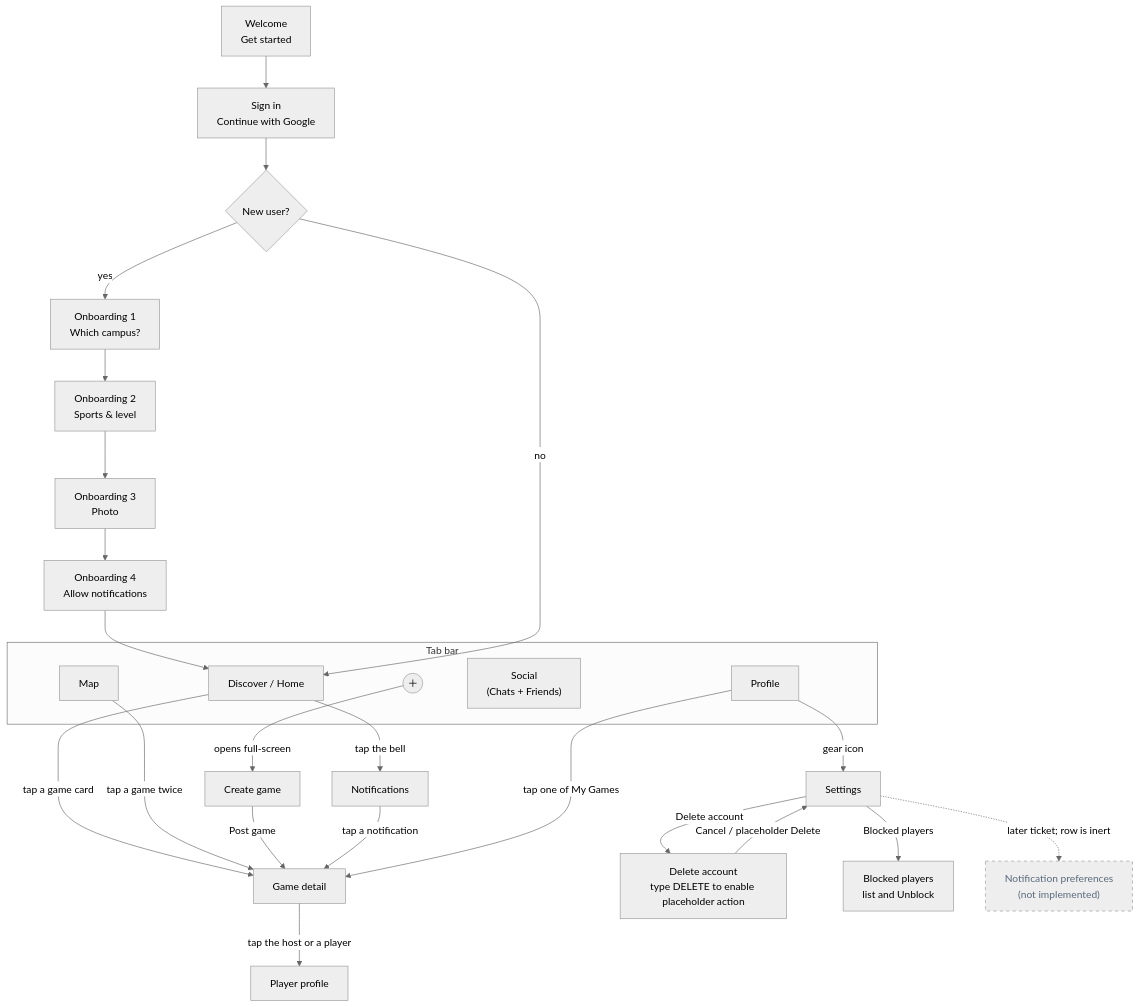
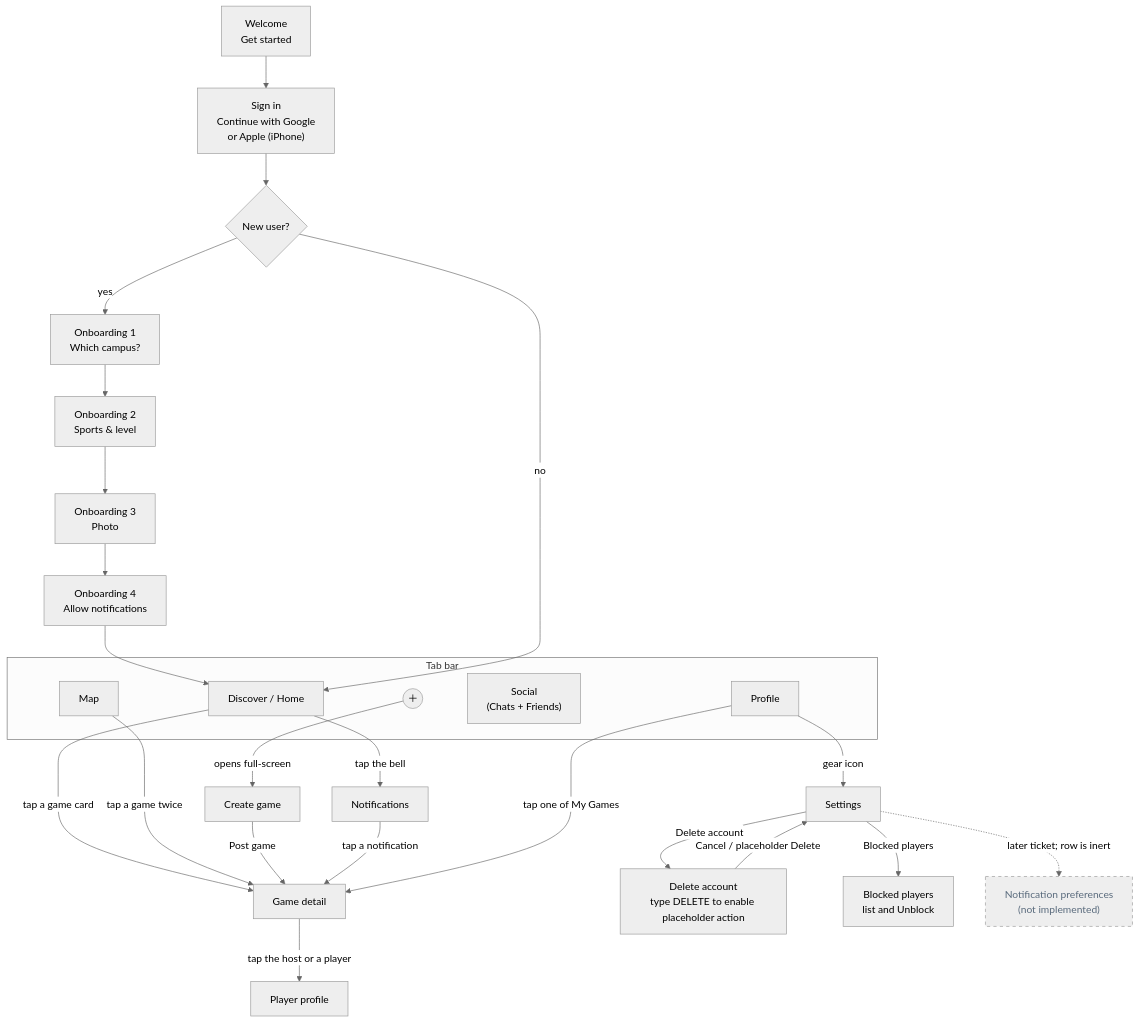
The third of 9 diagrams in docs/ARCHITECTURE.md (aymanlaassel/pantherplay), drawn with Mermaid (neutral theme) before and after one commit. The commit also changed other lines of this file and 9 other files, not shown here.

````diff
--- a/docs/ARCHITECTURE.md
+++ b/docs/ARCHITECTURE.md
@@ -148,36 +150,36 @@
 ```mermaid
 flowchart TD
-  Welcome["Welcome<br/>Get started"] --> SignIn["Sign in<br/>Continue with Google"]
+  Welcome["Welcome<br/>Get started"] --> SignIn["Sign in<br/>Continue with Google<br/>or Apple (iPhone)"]
   SignIn --> Gate{"New user?"}
   Gate -- yes --> Campus["Onboarding 1<br/>Which campus?"]
   Campus --> Sports["Onboarding 2<br/>Sports & level"]
   Sports --> Photo["Onboarding 3<br/>Photo"]
   Photo --> Notif["Onboarding 4<br/>Allow notifications"]
   Notif --> Discover
   Gate -- no --> Discover
 
   subgraph TabBar["Tab bar"]
     Discover["Discover / Home"]
     MapTab["Map"]
     Plus(("＋"))
     Social["Social<br/>(Chats + Friends)"]
     Profile["Profile"]
   end
 
   Discover -- "tap a game card" --> Detail["Game detail"]
   MapTab -- "tap a game twice" --> Detail
   Discover -- "tap the bell" --> Notifications["Notifications"]
   Plus -- "opens full-screen" --> Create["Create game"]
   Create -- "Post game" --> Detail
   Profile -- "gear icon" --> Settings["Settings"]
   Settings -- "Delete account" --> DeleteAccount["Delete account<br/>type DELETE to enable placeholder action"]
   DeleteAccount -- "Cancel / placeholder Delete" --> Settings
   Settings -- "Blocked players" --> Blocked["Blocked players<br/>list and Unblock"]
   Settings -. "later ticket; row is inert" .-> NotifPrefs["Notification preferences<br/>(not implemented)"]
   Notifications -- "tap a notification" --> Detail
   Detail -- "tap the host or a player" --> Player["Player profile"]
   Profile -- "tap one of My Games" --> Detail
 
   classDef pending stroke-dasharray: 5 5,color:#5A6B7D
   class NotifPrefs pending
 ```
````
